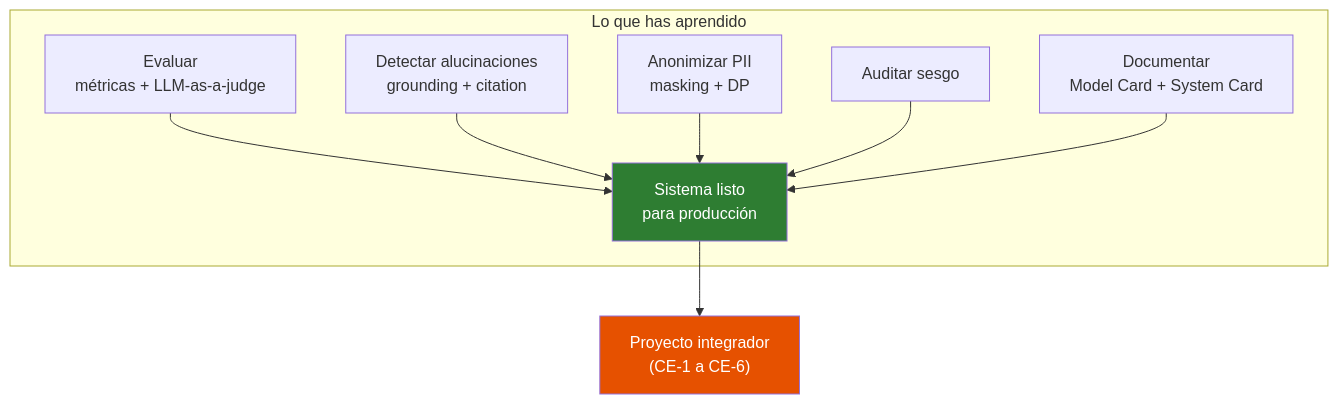
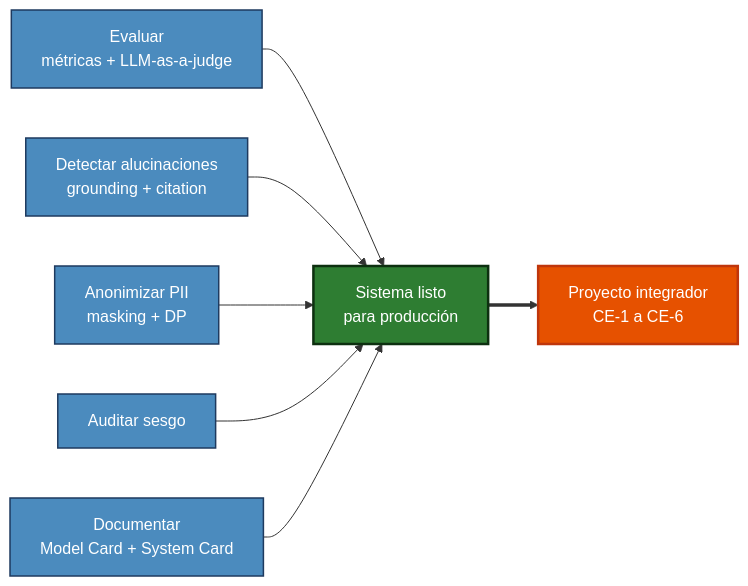
One commit to Adamychen/m10_quarto changed the fifth of 5 diagrams in bloque4/04-gobernanza.qmd. Above: the diagram before and after it, drawn with Mermaid. The commit also changed other lines of this file and 5 other files, not shown here.

First line of the commit message:
Estandarizando paleta de colores y tema de mermaid

````diff
--- a/bloque4/04-gobernanza.qmd
+++ b/bloque4/04-gobernanza.qmd
@@ -811,13 +853,21 @@
 ```{mermaid}
-graph TD
-    subgraph "Lo que has aprendido"
-        A[Evaluar<br/>métricas + LLM-as-a-judge] --> F[Sistema listo<br/>para producción]
-        B[Detectar alucinaciones<br/>grounding + citation] --> F
-        C[Anonimizar PII<br/>masking + DP] --> F
-        D[Auditar sesgo] --> F
-        E[Documentar<br/>Model Card + System Card] --> F
-    end
-    F --> G["Proyecto integrador<br/>(CE-1 a CE-6)"]
-    style F fill:#2e7d32,color:#fff
-    style G fill:#e65100,color:#fff
+flowchart LR
+    classDef skill fill:#4B8BBE,stroke:#1e3a5f,color:#fff,stroke-width:1.5px
+    classDef ready fill:#2e7d32,stroke:#0d3010,color:#fff,stroke-width:2.5px
+    classDef goal fill:#e65100,stroke:#bf360c,color:#fff,stroke-width:2.5px
+
+    A["Evaluar<br/>métricas + LLM-as-a-judge"]:::skill
+    B["Detectar alucinaciones<br/>grounding + citation"]:::skill
+    C["Anonimizar PII<br/>masking + DP"]:::skill
+    D["Auditar sesgo"]:::skill
+    E["Documentar<br/>Model Card + System Card"]:::skill
+    F["Sistema listo<br/>para producción"]:::ready
+    G["Proyecto integrador<br/>CE-1 a CE-6"]:::goal
+
+    A --> F
+    B --> F
+    C --> F
+    D --> F
+    E --> F
+    F ==> G
 ```
````
